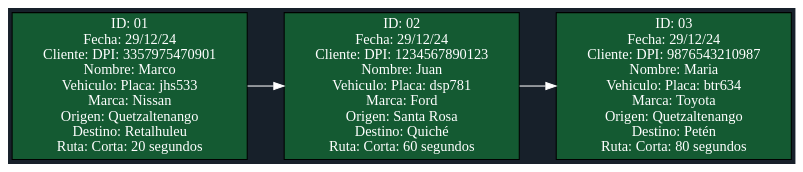
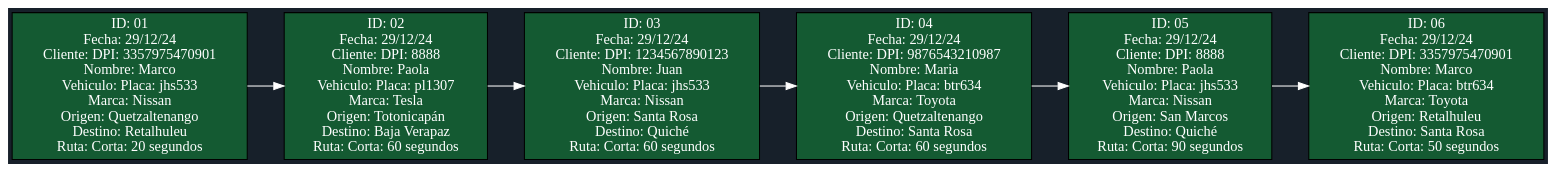
The diagram in Rapidito/Lista_Viajes.dot (Marco131-xel/Edd_Proyecto2), drawn with Graphviz before and after one commit. The commit also changed 20 other files, not shown here.

```diff
--- a/Rapidito/Lista_Viajes.dot
+++ b/Rapidito/Lista_Viajes.dot
@@ -1,11 +1,17 @@
 digraph G {
 rankdir=LR;
 bgcolor="#17202a";
 node [shape=record, style=filled, fillcolor="#145a32", fontcolor="white"];
 edge [color="white"];
 nodo0 [label="ID: 01\nFecha: 29/12/24\nCliente: DPI: 3357975470901\nNombre:  Marco\nVehiculo: Placa: jhs533\nMarca: Nissan\nOrigen: Quetzaltenango\nDestino: Retalhuleu\nRuta: Corta: 20 segundos"];
-nodo1 [label="ID: 02\nFecha: 29/12/24\nCliente: DPI: 1234567890123\nNombre:  Juan\nVehiculo: Placa: dsp781\nMarca: Ford\nOrigen: Santa Rosa\nDestino: Quiché\nRuta: Corta: 60 segundos"];
-nodo2 [label="ID: 03\nFecha: 29/12/24\nCliente: DPI: 9876543210987\nNombre:  Maria\nVehiculo: Placa: btr634\nMarca: Toyota\nOrigen: Quetzaltenango\nDestino: Petén\nRuta: Corta: 80 segundos"];
+nodo1 [label="ID: 02\nFecha: 29/12/24\nCliente: DPI: 8888\nNombre: Paola\nVehiculo: Placa: pl1307\nMarca: Tesla\nOrigen: Totonicapán\nDestino: Baja Verapaz\nRuta: Corta: 60 segundos"];
+nodo2 [label="ID: 03\nFecha: 29/12/24\nCliente: DPI: 1234567890123\nNombre:  Juan\nVehiculo: Placa: jhs533\nMarca: Nissan\nOrigen: Santa Rosa\nDestino: Quiché\nRuta: Corta: 60 segundos"];
+nodo3 [label="ID: 04\nFecha: 29/12/24\nCliente: DPI: 9876543210987\nNombre:  Maria\nVehiculo: Placa: btr634\nMarca: Toyota\nOrigen: Quetzaltenango\nDestino: Santa Rosa\nRuta: Corta: 60 segundos"];
+nodo4 [label="ID: 05\nFecha: 29/12/24\nCliente: DPI: 8888\nNombre: Paola\nVehiculo: Placa: jhs533\nMarca: Nissan\nOrigen: San Marcos\nDestino: Quiché\nRuta: Corta: 90 segundos"];
+nodo5 [label="ID: 06\nFecha: 29/12/24\nCliente: DPI: 3357975470901\nNombre:  Marco\nVehiculo: Placa: btr634\nMarca: Toyota\nOrigen: Retalhuleu\nDestino: Santa Rosa\nRuta: Corta: 50 segundos"];
 nodo0 -> nodo1;
 nodo1 -> nodo2;
+nodo2 -> nodo3;
+nodo3 -> nodo4;
+nodo4 -> nodo5;
 }
```
